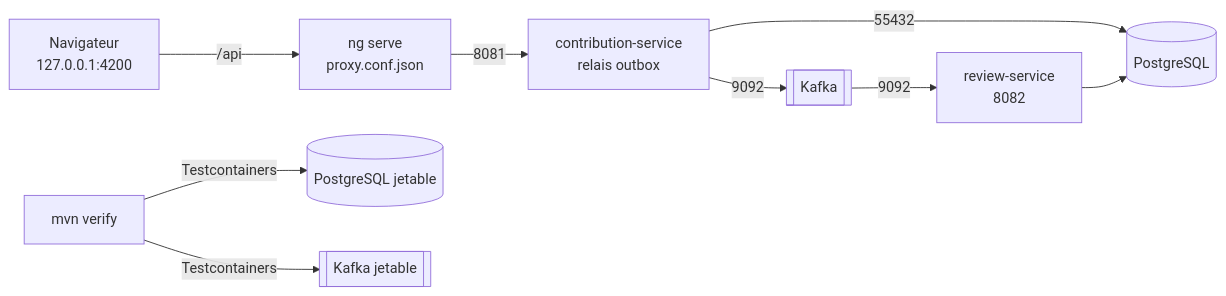
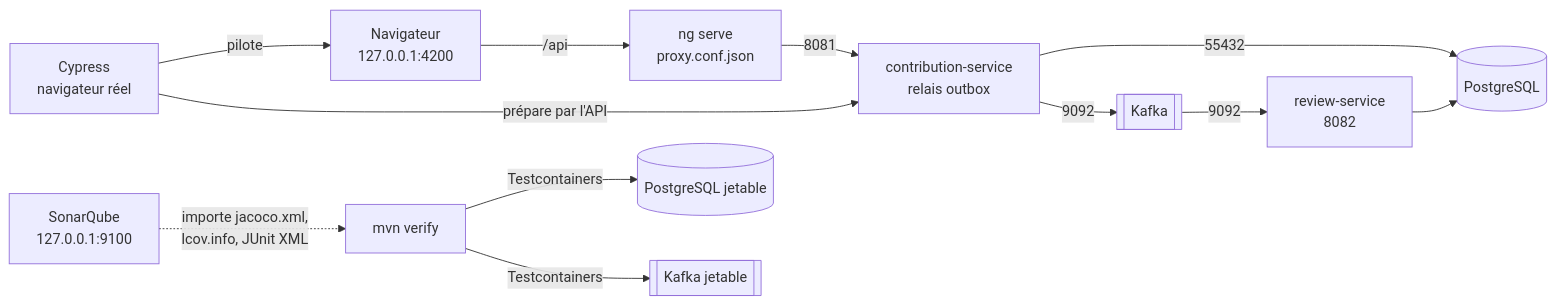
Before and after one commit to hfWalid/ACD-kata: the second of 2 diagrams in design/2- architecture.md, drawn with Mermaid. The commit also changed other lines of this file and 34 other files, not shown here.

````diff
--- a/design/2- architecture.md
+++ b/design/2- architecture.md
@@ -127,11 +132,14 @@
 ```mermaid
 flowchart LR
   B["Navigateur<br/>127.0.0.1:4200"] -->|"/api"| V["ng serve<br/>proxy.conf.json"]
   V -->|"8081"| C["contribution-service<br/>relais outbox"]
   C -->|"55432"| PG[("PostgreSQL")]
   C -->|"9092"| K[["Kafka"]]
   K -->|"9092"| R["review-service<br/>8082"]
   R --> PG
   T["mvn verify"] -->|"Testcontainers"| PG2[("PostgreSQL jetable")]
+  Q["Cypress<br/>navigateur réel"] -->|"pilote"| B
+  Q -->|"prépare par l'API"| C
+  S["SonarQube<br/>127.0.0.1:9100"] -.->|"importe jacoco.xml,<br/>lcov.info, JUnit XML"| T
   T -->|"Testcontainers"| K2[["Kafka jetable"]]
 ```
````
